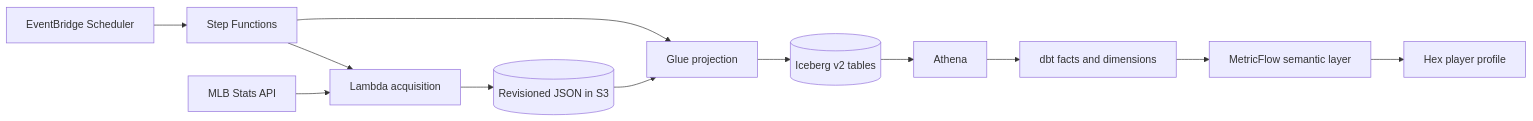
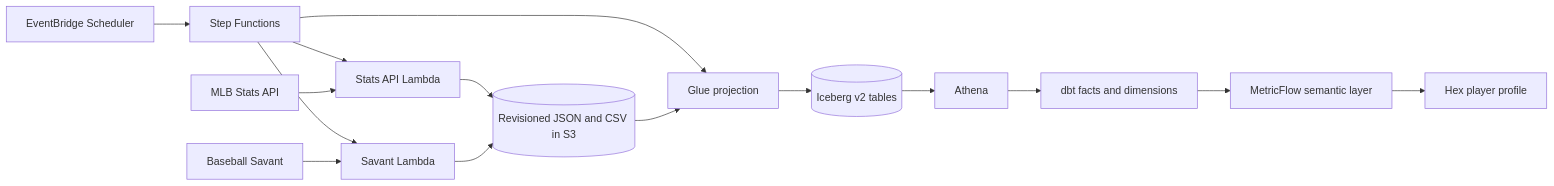
One commit to zpgallegos/zavant changed the diagram in readme.md. Above: the diagram before and after it, drawn with Mermaid. The commit also changed other lines of this file and 160 other files, not shown here.

````diff
--- a/readme.md
+++ b/readme.md
@@ -30,26 +30,31 @@
 ```mermaid
 flowchart LR
     api[MLB Stats API]
+    savant[Baseball Savant]
     scheduler[EventBridge Scheduler]
     workflow[Step Functions]
-    lambda[Lambda acquisition]
-    raw[(Revisioned JSON in S3)]
+    stats_lambda[Stats API Lambda]
+    savant_lambda[Savant Lambda]
+    raw[(Revisioned JSON and CSV in S3)]
     glue[Glue projection]
     iceberg[(Iceberg v2 tables)]
     athena[Athena]
     dbt[dbt facts and dimensions]
     metricflow[MetricFlow semantic layer]
     hex[Hex player profile]
 
     scheduler --> workflow
-    workflow --> lambda
-    api --> lambda
-    lambda --> raw
+    workflow --> stats_lambda
+    workflow --> savant_lambda
+    api --> stats_lambda
+    savant --> savant_lambda
+    stats_lambda --> raw
+    savant_lambda --> raw
     workflow --> glue
     raw --> glue
     glue --> iceberg
     iceberg --> athena
     athena --> dbt
     dbt --> metricflow
     metricflow --> hex
 ```
````
